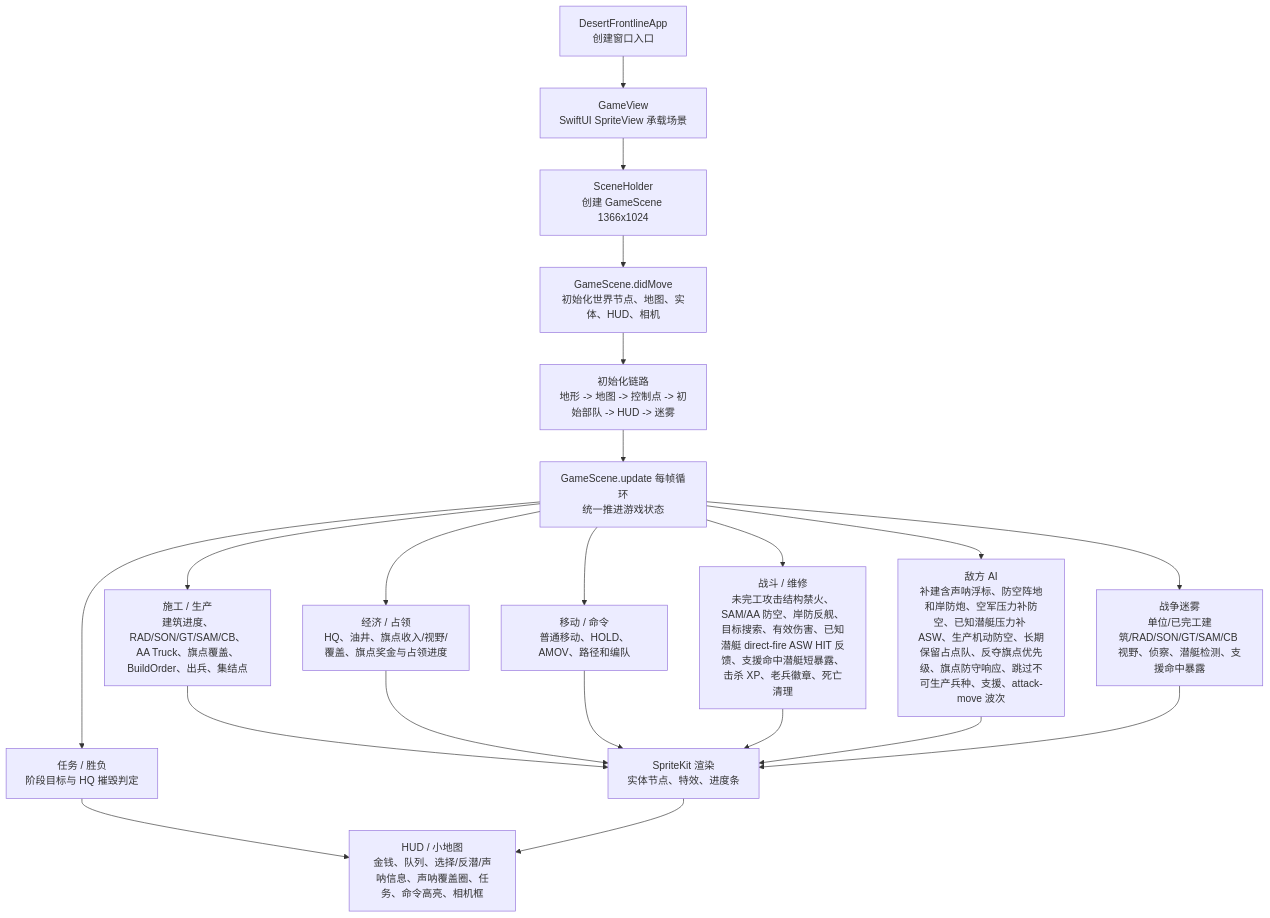
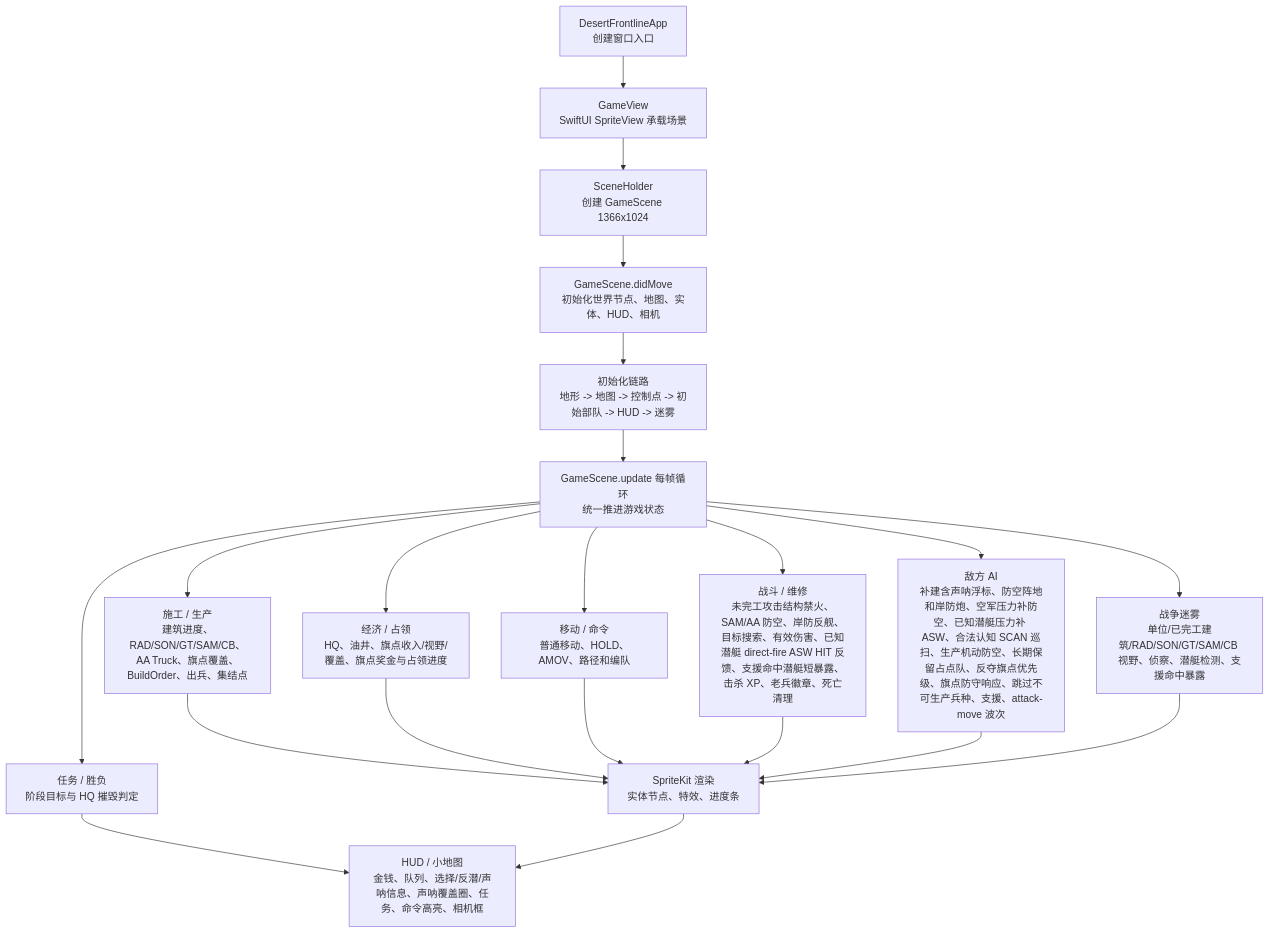
One commit to Altman-sam114/1145 changed the first of 3 diagrams in md/flow/flowchart.md. Above: the diagram before and after it, drawn with Mermaid. The commit also changed 4 other files, not shown here.

````diff
--- a/md/flow/flowchart.md
+++ b/md/flow/flowchart.md
@@ -9,23 +9,23 @@
 ```mermaid
 flowchart TD
   App["DesertFrontlineApp\n创建窗口入口"] --> View["GameView\nSwiftUI SpriteView 承载场景"]
   View --> Holder["SceneHolder\n创建 GameScene 1366x1024"]
   Holder --> Scene["GameScene.didMove\n初始化世界节点、地图、实体、HUD、相机"]
   Scene --> Init["初始化链路\n地形 -> 地图 -> 控制点 -> 初始部队 -> HUD -> 迷雾"]
   Init --> Loop["GameScene.update 每帧循环\n统一推进游戏状态"]
   Loop --> Build["施工 / 生产\n建筑进度、RAD/SON/GT/SAM/CB、AA Truck、旗点覆盖、BuildOrder、出兵、集结点"]
   Loop --> Economy["经济 / 占领\nHQ、油井、旗点收入/视野/覆盖、旗点奖金与占领进度"]
   Loop --> Commands["移动 / 命令\n普通移动、HOLD、AMOV、路径和编队"]
   Loop --> Combat["战斗 / 维修\n未完工攻击结构禁火、SAM/AA 防空、岸防反舰、目标搜索、有效伤害、已知潜艇 direct-fire ASW HIT 反馈、支援命中潜艇短暴露、击杀 XP、老兵徽章、死亡清理"]
-  Loop --> AI["敌方 AI\n补建含声呐浮标、防空阵地和岸防炮、空军压力补防空、已知潜艇压力补 ASW、生产机动防空、长期保留占点队、反夺旗点优先级、旗点防守响应、跳过不可生产兵种、支援、attack-move 波次"]
+  Loop --> AI["敌方 AI\n补建含声呐浮标、防空阵地和岸防炮、空军压力补防空、已知潜艇压力补 ASW、合法认知 SCAN 巡扫、生产机动防空、长期保留占点队、反夺旗点优先级、旗点防守响应、跳过不可生产兵种、支援、attack-move 波次"]
   Loop --> Fog["战争迷雾\n单位/已完工建筑/RAD/SON/GT/SAM/CB 视野、侦察、潜艇检测、支援命中暴露"]
   Loop --> Mission["任务 / 胜负\n阶段目标与 HQ 摧毁判定"]
   Build --> Render["SpriteKit 渲染\n实体节点、特效、进度条"]
   Economy --> Render
   Commands --> Render
   Combat --> Render
   AI --> Render
   Fog --> Render
   Mission --> HUD["HUD / 小地图\n金钱、队列、选择/反潜/声呐信息、声呐覆盖圈、任务、命令高亮、相机框"]
   Render --> HUD
 ```
````
